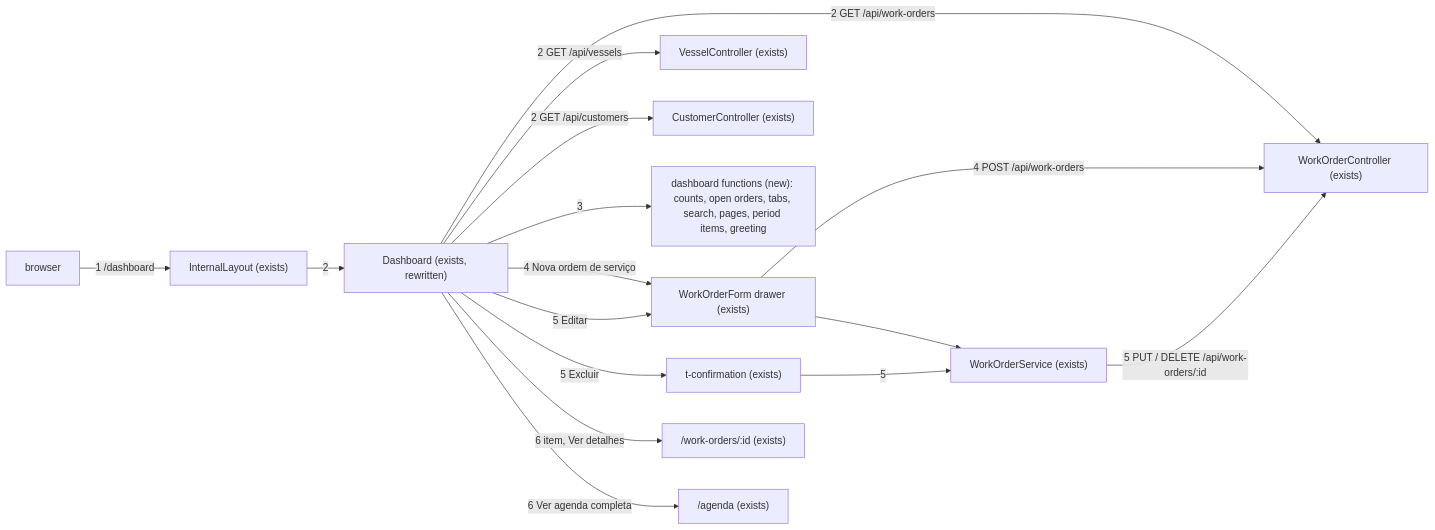
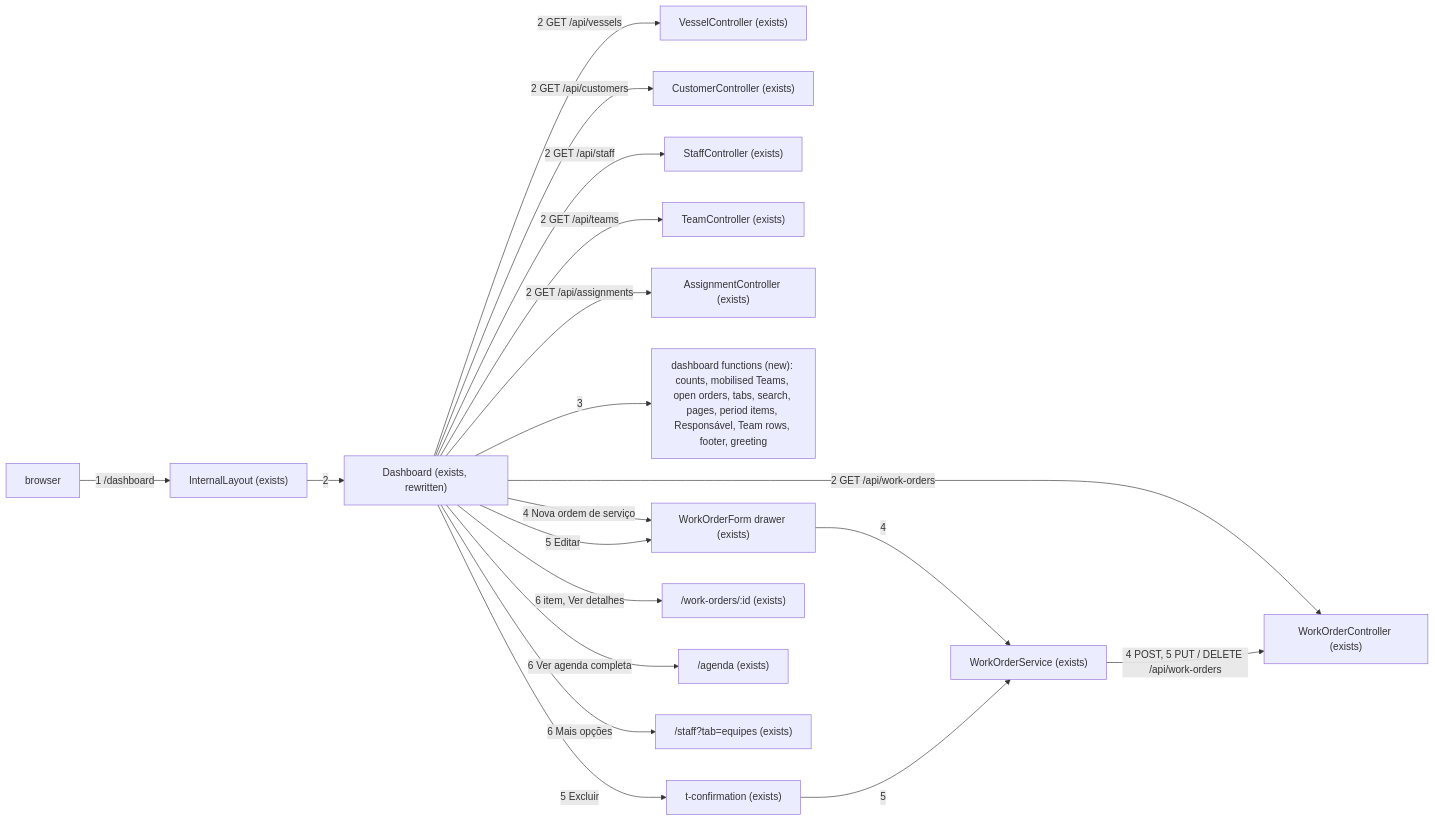
Before and after one commit to lucianotavernard/umbrielship: the first of 2 diagrams in .specs/features/dashboard-redesign/plan.md, drawn with Mermaid. The commit also changed other lines of this file and 2 other files, not shown here.

First line of the commit message:
docs(specs): plan the dashboard after mareos with its checks

````diff
--- a/.specs/features/dashboard-redesign/plan.md
+++ b/.specs/features/dashboard-redesign/plan.md
@@ -46,18 +48,21 @@
 ```mermaid
 flowchart LR
     B[browser] -->|1 /dashboard| L["InternalLayout (exists)"]
     L -->|2| D["Dashboard (exists, rewritten)"]
     D -->|2 GET /api/work-orders| WC["WorkOrderController (exists)"]
     D -->|2 GET /api/vessels| VC["VesselController (exists)"]
     D -->|2 GET /api/customers| CC["CustomerController (exists)"]
-    D -->|3| F["dashboard functions (new): counts, open orders, tabs, search, pages, period items, greeting"]
+    D -->|2 GET /api/staff| SC["StaffController (exists)"]
+    D -->|2 GET /api/teams| TMC["TeamController (exists)"]
+    D -->|2 GET /api/assignments| AC["AssignmentController (exists)"]
+    D -->|3| F["dashboard functions (new): counts, mobilised Teams, open orders, tabs, search, pages, period items, Responsável, Team rows, footer, greeting"]
     D -->|4 Nova ordem de serviço| WF["WorkOrderForm drawer (exists)"]
-    WF -->|4 POST /api/work-orders| WC
     D -->|5 Editar| WF
     D -->|5 Excluir| TC["t-confirmation (exists)"]
-    TC -->|5| WS["WorkOrderService (exists)"]
-    WF --> WS
-    WS -->|5 PUT / DELETE /api/work-orders/:id| WC
+    WF -->|4| WS["WorkOrderService (exists)"]
+    TC -->|5| WS
+    WS -->|4 POST, 5 PUT / DELETE /api/work-orders| WC
     D -->|6 item, Ver detalhes| WD["/work-orders/:id (exists)"]
     D -->|6 Ver agenda completa| AG["/agenda (exists)"]
+    D -->|6 Mais opções| ST["/staff?tab=equipes (exists)"]
 ```
````
